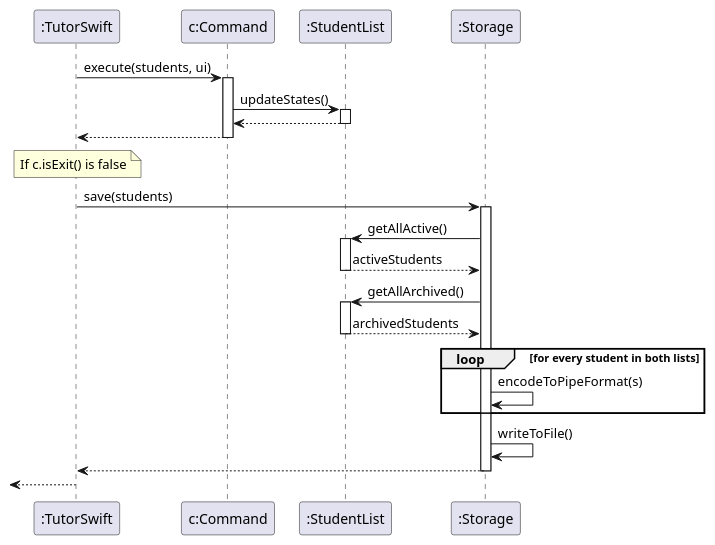
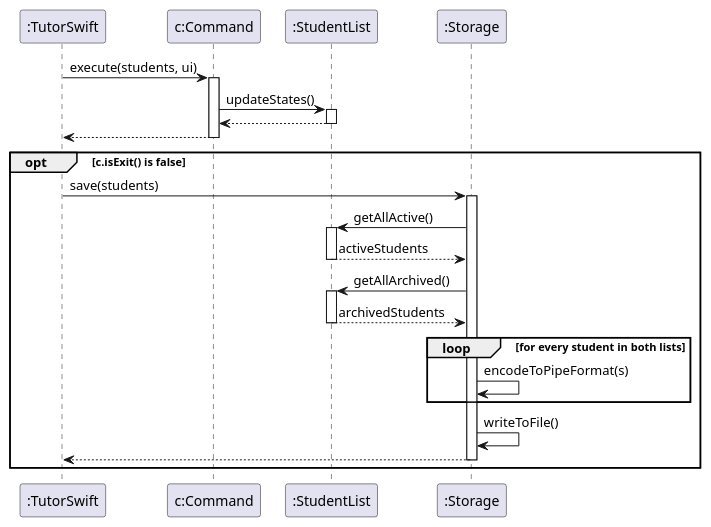
One commit to gabriel-550/tp changed the diagram in docs/diagrams/StorageSaveSequenceDiagram.puml. Above: the diagram before and after it, drawn with PlantUML. The commit also changed 1 other file, not shown here.

Commit message:
Update StorageSaveSequenceDiagram

```diff
--- a/docs/diagrams/StorageSaveSequenceDiagram.puml
+++ b/docs/diagrams/StorageSaveSequenceDiagram.puml
@@ -1,44 +1,42 @@
 @startuml
 
 participant ":TutorSwift" as Main
 participant "c:Command" as Command
 participant ":StudentList" as StudentList
 participant ":Storage" as Storage
 
 Main -> Command : execute(students, ui)
 activate Command
 
 Command -> StudentList : updateStates()
 activate StudentList
 StudentList --> Command
 deactivate StudentList
 
 Command --> Main
 deactivate Command
 
-note over Main : If c.isExit() is false
+opt c.isExit() is false
+    Main -> Storage : save(students)
+    activate Storage
 
-Main -> Storage : save(students)
-activate Storage
+    Storage -> StudentList : getAllActive()
+    activate StudentList
+    StudentList --> Storage : activeStudents
+    deactivate StudentList
 
-Storage -> StudentList : getAllActive()
-activate StudentList
-StudentList --> Storage : activeStudents
-deactivate StudentList
+    Storage -> StudentList : getAllArchived()
+    activate StudentList
+    StudentList --> Storage : archivedStudents
+    deactivate StudentList
 
-Storage -> StudentList : getAllArchived()
-activate StudentList
-StudentList --> Storage : archivedStudents
-deactivate StudentList
+    loop for every student in both lists
+        Storage -> Storage : encodeToPipeFormat(s)
+    end
 
-loop for every student in both lists
-    Storage -> Storage : encodeToPipeFormat(s)
+    Storage -> Storage : writeToFile()
+    Storage --> Main
+    deactivate Storage
 end
 
-Storage -> Storage : writeToFile()
-Storage --> Main
-deactivate Storage
-
-[<-- Main
-deactivate Main
 @enduml
```
